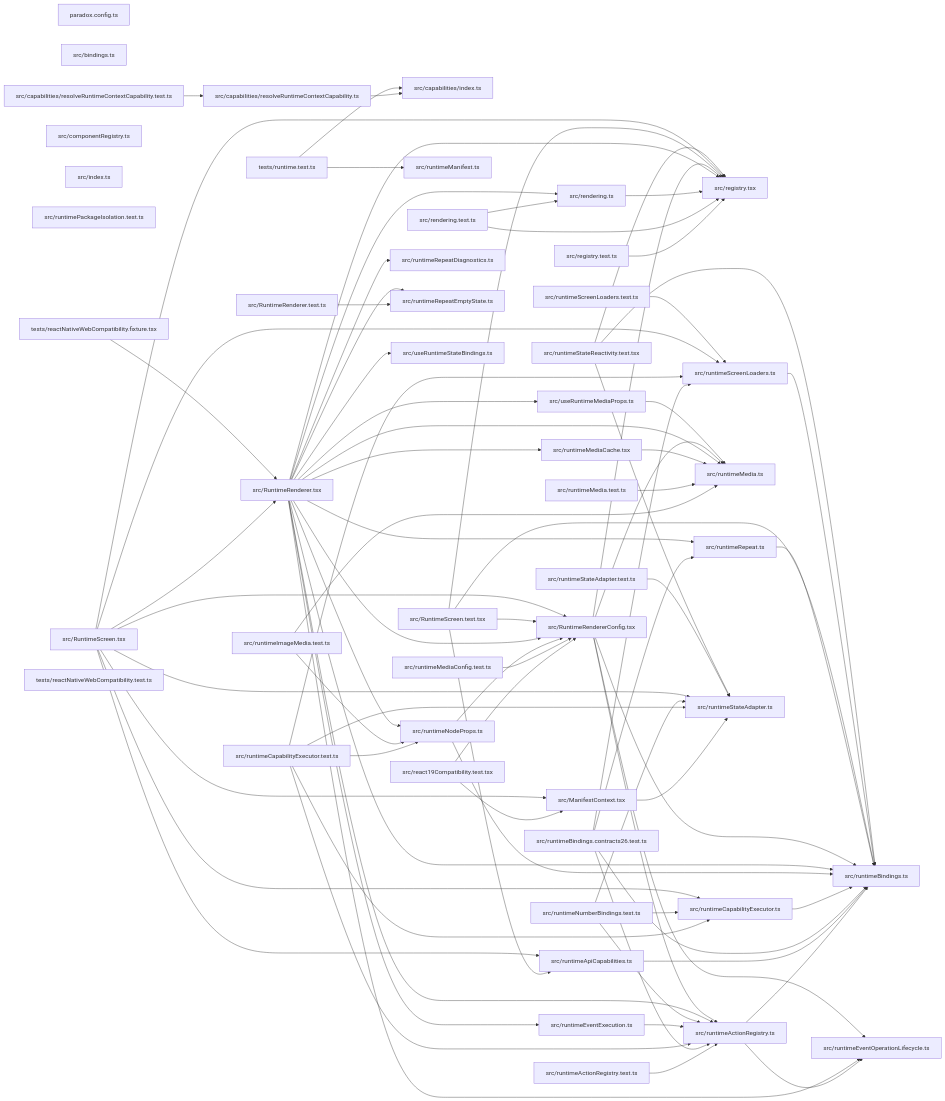
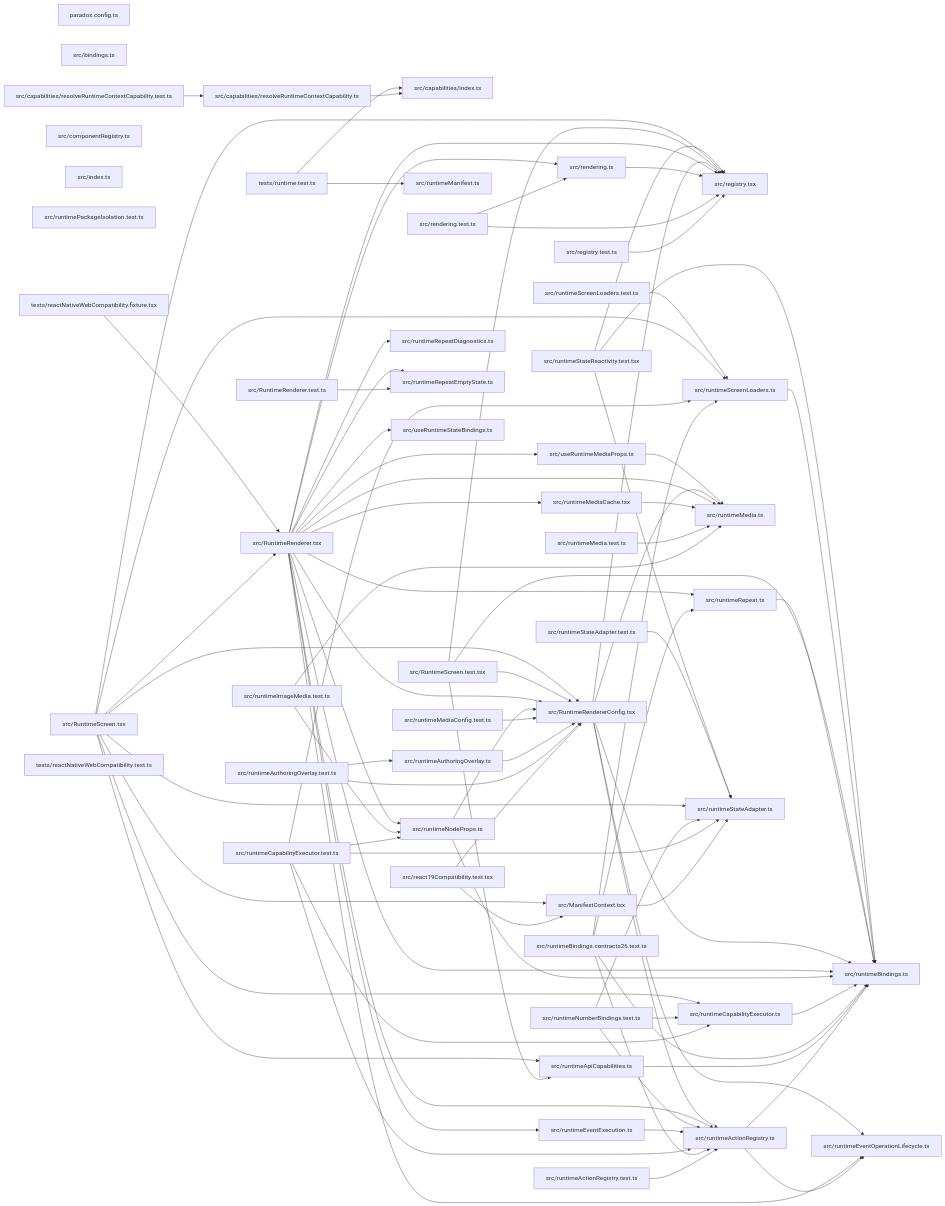
One commit to ankhorage/runtime changed the diagram in paradox/diagrams/module-relationships.mmd. Above: the diagram before and after it, drawn with Mermaid. The commit also changed 12 other files, not shown here.

```diff
--- a/paradox/diagrams/module-relationships.mmd
+++ b/paradox/diagrams/module-relationships.mmd
@@ -1,128 +1,133 @@
 graph LR
   module_paradox_config_ts["paradox.config.ts"]
   module_src_bindings_ts["src/bindings.ts"]
   module_src_capabilities_index_ts["src/capabilities/index.ts"]
   module_src_capabilities_resolveRuntimeContextCapability_test_ts["src/capabilities/resolveRuntimeContextCapability.test.ts"]
   module_src_capabilities_resolveRuntimeContextCapability_ts["src/capabilities/resolveRuntimeContextCapability.ts"]
   module_src_componentRegistry_ts["src/componentRegistry.ts"]
   module_src_index_ts["src/index.ts"]
   module_src_ManifestContext_tsx["src/ManifestContext.tsx"]
   module_src_react19Compatibility_test_tsx["src/react19Compatibility.test.tsx"]
   module_src_registry_test_ts["src/registry.test.ts"]
   module_src_registry_tsx["src/registry.tsx"]
   module_src_rendering_test_ts["src/rendering.test.ts"]
   module_src_rendering_ts["src/rendering.ts"]
   module_src_runtimeActionRegistry_test_ts["src/runtimeActionRegistry.test.ts"]
   module_src_runtimeActionRegistry_ts["src/runtimeActionRegistry.ts"]
   module_src_runtimeApiCapabilities_ts["src/runtimeApiCapabilities.ts"]
+  module_src_runtimeAuthoringOverlay_test_ts["src/runtimeAuthoringOverlay.test.ts"]
+  module_src_runtimeAuthoringOverlay_ts["src/runtimeAuthoringOverlay.ts"]
   module_src_runtimeBindings_contracts26_test_ts["src/runtimeBindings.contracts26.test.ts"]
   module_src_runtimeBindings_ts["src/runtimeBindings.ts"]
   module_src_runtimeCapabilityExecutor_test_ts["src/runtimeCapabilityExecutor.test.ts"]
   module_src_runtimeCapabilityExecutor_ts["src/runtimeCapabilityExecutor.ts"]
   module_src_runtimeEventExecution_ts["src/runtimeEventExecution.ts"]
   module_src_runtimeEventOperationLifecycle_ts["src/runtimeEventOperationLifecycle.ts"]
   module_src_runtimeImageMedia_test_ts["src/runtimeImageMedia.test.ts"]
   module_src_runtimeManifest_ts["src/runtimeManifest.ts"]
   module_src_runtimeMedia_test_ts["src/runtimeMedia.test.ts"]
   module_src_runtimeMedia_ts["src/runtimeMedia.ts"]
   module_src_runtimeMediaCache_tsx["src/runtimeMediaCache.tsx"]
   module_src_runtimeMediaConfig_test_ts["src/runtimeMediaConfig.test.ts"]
   module_src_runtimeNodeProps_ts["src/runtimeNodeProps.ts"]
   module_src_runtimeNumberBindings_test_ts["src/runtimeNumberBindings.test.ts"]
   module_src_runtimePackageIsolation_test_ts["src/runtimePackageIsolation.test.ts"]
   module_src_RuntimeRenderer_test_ts["src/RuntimeRenderer.test.ts"]
   module_src_RuntimeRenderer_tsx["src/RuntimeRenderer.tsx"]
   module_src_RuntimeRendererConfig_tsx["src/RuntimeRendererConfig.tsx"]
   module_src_runtimeRepeat_ts["src/runtimeRepeat.ts"]
   module_src_runtimeRepeatDiagnostics_ts["src/runtimeRepeatDiagnostics.ts"]
   module_src_runtimeRepeatEmptyState_ts["src/runtimeRepeatEmptyState.ts"]
   module_src_RuntimeScreen_test_tsx["src/RuntimeScreen.test.tsx"]
   module_src_RuntimeScreen_tsx["src/RuntimeScreen.tsx"]
   module_src_runtimeScreenLoaders_test_ts["src/runtimeScreenLoaders.test.ts"]
   module_src_runtimeScreenLoaders_ts["src/runtimeScreenLoaders.ts"]
   module_src_runtimeStateAdapter_test_ts["src/runtimeStateAdapter.test.ts"]
   module_src_runtimeStateAdapter_ts["src/runtimeStateAdapter.ts"]
   module_src_runtimeStateReactivity_test_tsx["src/runtimeStateReactivity.test.tsx"]
   module_src_useRuntimeMediaProps_ts["src/useRuntimeMediaProps.ts"]
   module_src_useRuntimeStateBindings_ts["src/useRuntimeStateBindings.ts"]
   module_tests_reactNativeWebCompatibility_fixture_tsx["tests/reactNativeWebCompatibility.fixture.tsx"]
   module_tests_reactNativeWebCompatibility_test_ts["tests/reactNativeWebCompatibility.test.ts"]
   module_tests_runtime_test_ts["tests/runtime.test.ts"]
   module_src_capabilities_resolveRuntimeContextCapability_test_ts --> module_src_capabilities_resolveRuntimeContextCapability_ts
   module_src_capabilities_resolveRuntimeContextCapability_ts --> module_src_capabilities_index_ts
   module_src_ManifestContext_tsx --> module_src_runtimeStateAdapter_ts
   module_src_react19Compatibility_test_tsx --> module_src_ManifestContext_tsx
   module_src_react19Compatibility_test_tsx --> module_src_RuntimeRendererConfig_tsx
   module_src_registry_test_ts --> module_src_registry_tsx
   module_src_rendering_test_ts --> module_src_registry_tsx
   module_src_rendering_test_ts --> module_src_rendering_ts
   module_src_rendering_ts --> module_src_registry_tsx
   module_src_runtimeActionRegistry_test_ts --> module_src_runtimeActionRegistry_ts
   module_src_runtimeActionRegistry_ts --> module_src_runtimeBindings_ts
   module_src_runtimeActionRegistry_ts --> module_src_runtimeEventOperationLifecycle_ts
   module_src_runtimeApiCapabilities_ts --> module_src_runtimeBindings_ts
+  module_src_runtimeAuthoringOverlay_test_ts --> module_src_runtimeAuthoringOverlay_ts
+  module_src_runtimeAuthoringOverlay_test_ts --> module_src_RuntimeRendererConfig_tsx
+  module_src_runtimeAuthoringOverlay_ts --> module_src_RuntimeRendererConfig_tsx
   module_src_runtimeBindings_contracts26_test_ts --> module_src_runtimeActionRegistry_ts
   module_src_runtimeBindings_contracts26_test_ts --> module_src_runtimeBindings_ts
   module_src_runtimeBindings_contracts26_test_ts --> module_src_runtimeRepeat_ts
   module_src_runtimeBindings_contracts26_test_ts --> module_src_runtimeScreenLoaders_ts
   module_src_runtimeCapabilityExecutor_test_ts --> module_src_runtimeActionRegistry_ts
   module_src_runtimeCapabilityExecutor_test_ts --> module_src_runtimeCapabilityExecutor_ts
   module_src_runtimeCapabilityExecutor_test_ts --> module_src_runtimeNodeProps_ts
   module_src_runtimeCapabilityExecutor_test_ts --> module_src_runtimeScreenLoaders_ts
   module_src_runtimeCapabilityExecutor_test_ts --> module_src_runtimeStateAdapter_ts
   module_src_runtimeCapabilityExecutor_ts --> module_src_runtimeBindings_ts
   module_src_runtimeEventExecution_ts --> module_src_runtimeActionRegistry_ts
   module_src_runtimeImageMedia_test_ts --> module_src_runtimeMedia_ts
   module_src_runtimeImageMedia_test_ts --> module_src_runtimeNodeProps_ts
   module_src_runtimeMedia_test_ts --> module_src_runtimeMedia_ts
   module_src_runtimeMediaCache_tsx --> module_src_runtimeMedia_ts
   module_src_runtimeMediaConfig_test_ts --> module_src_RuntimeRendererConfig_tsx
   module_src_runtimeNodeProps_ts --> module_src_runtimeBindings_ts
   module_src_runtimeNodeProps_ts --> module_src_RuntimeRendererConfig_tsx
   module_src_runtimeNumberBindings_test_ts --> module_src_runtimeActionRegistry_ts
   module_src_runtimeNumberBindings_test_ts --> module_src_runtimeCapabilityExecutor_ts
   module_src_runtimeNumberBindings_test_ts --> module_src_runtimeStateAdapter_ts
   module_src_RuntimeRenderer_test_ts --> module_src_runtimeRepeatEmptyState_ts
   module_src_RuntimeRenderer_tsx --> module_src_registry_tsx
   module_src_RuntimeRenderer_tsx --> module_src_rendering_ts
   module_src_RuntimeRenderer_tsx --> module_src_runtimeActionRegistry_ts
   module_src_RuntimeRenderer_tsx --> module_src_runtimeBindings_ts
   module_src_RuntimeRenderer_tsx --> module_src_runtimeEventExecution_ts
   module_src_RuntimeRenderer_tsx --> module_src_runtimeEventOperationLifecycle_ts
   module_src_RuntimeRenderer_tsx --> module_src_runtimeMedia_ts
   module_src_RuntimeRenderer_tsx --> module_src_runtimeMediaCache_tsx
   module_src_RuntimeRenderer_tsx --> module_src_runtimeNodeProps_ts
   module_src_RuntimeRenderer_tsx --> module_src_RuntimeRendererConfig_tsx
   module_src_RuntimeRenderer_tsx --> module_src_runtimeRepeat_ts
   module_src_RuntimeRenderer_tsx --> module_src_runtimeRepeatDiagnostics_ts
   module_src_RuntimeRenderer_tsx --> module_src_runtimeRepeatEmptyState_ts
   module_src_RuntimeRenderer_tsx --> module_src_useRuntimeMediaProps_ts
   module_src_RuntimeRenderer_tsx --> module_src_useRuntimeStateBindings_ts
   module_src_RuntimeRendererConfig_tsx --> module_src_registry_tsx
   module_src_RuntimeRendererConfig_tsx --> module_src_runtimeActionRegistry_ts
   module_src_RuntimeRendererConfig_tsx --> module_src_runtimeBindings_ts
   module_src_RuntimeRendererConfig_tsx --> module_src_runtimeEventOperationLifecycle_ts
   module_src_RuntimeRendererConfig_tsx --> module_src_runtimeMedia_ts
   module_src_runtimeRepeat_ts --> module_src_runtimeBindings_ts
   module_src_RuntimeScreen_test_tsx --> module_src_registry_tsx
   module_src_RuntimeScreen_test_tsx --> module_src_runtimeApiCapabilities_ts
   module_src_RuntimeScreen_test_tsx --> module_src_runtimeBindings_ts
   module_src_RuntimeScreen_test_tsx --> module_src_RuntimeRendererConfig_tsx
   module_src_RuntimeScreen_tsx --> module_src_ManifestContext_tsx
   module_src_RuntimeScreen_tsx --> module_src_registry_tsx
   module_src_RuntimeScreen_tsx --> module_src_runtimeApiCapabilities_ts
   module_src_RuntimeScreen_tsx --> module_src_runtimeCapabilityExecutor_ts
   module_src_RuntimeScreen_tsx --> module_src_RuntimeRenderer_tsx
   module_src_RuntimeScreen_tsx --> module_src_RuntimeRendererConfig_tsx
   module_src_RuntimeScreen_tsx --> module_src_runtimeScreenLoaders_ts
   module_src_RuntimeScreen_tsx --> module_src_runtimeStateAdapter_ts
   module_src_runtimeScreenLoaders_test_ts --> module_src_runtimeScreenLoaders_ts
   module_src_runtimeScreenLoaders_ts --> module_src_runtimeBindings_ts
   module_src_runtimeStateAdapter_test_ts --> module_src_runtimeStateAdapter_ts
   module_src_runtimeStateReactivity_test_tsx --> module_src_registry_tsx
   module_src_runtimeStateReactivity_test_tsx --> module_src_runtimeBindings_ts
   module_src_runtimeStateReactivity_test_tsx --> module_src_runtimeStateAdapter_ts
   module_src_useRuntimeMediaProps_ts --> module_src_runtimeMedia_ts
   module_tests_reactNativeWebCompatibility_fixture_tsx --> module_src_RuntimeRenderer_tsx
   module_tests_runtime_test_ts --> module_src_capabilities_index_ts
   module_tests_runtime_test_ts --> module_src_runtimeManifest_ts
```
